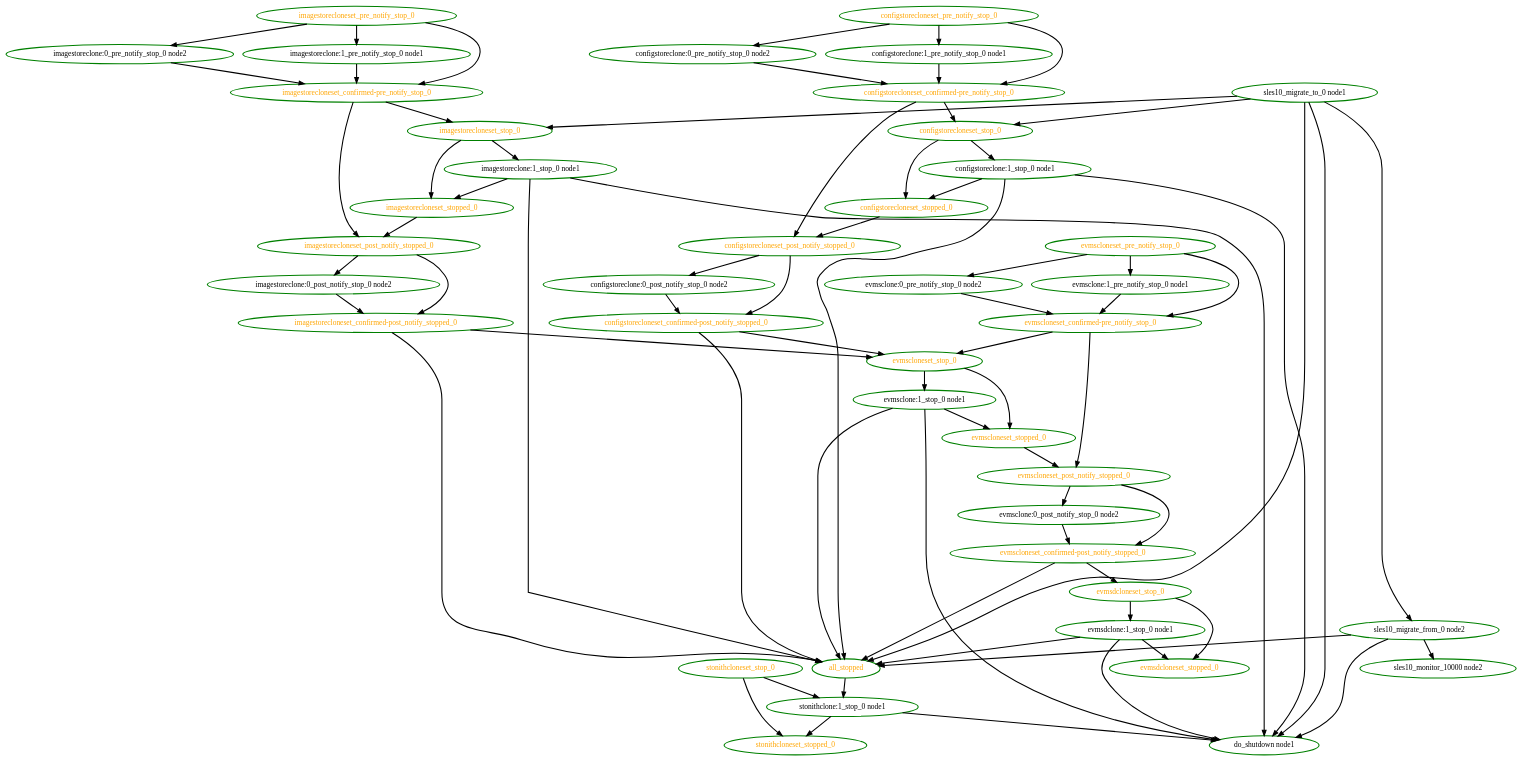
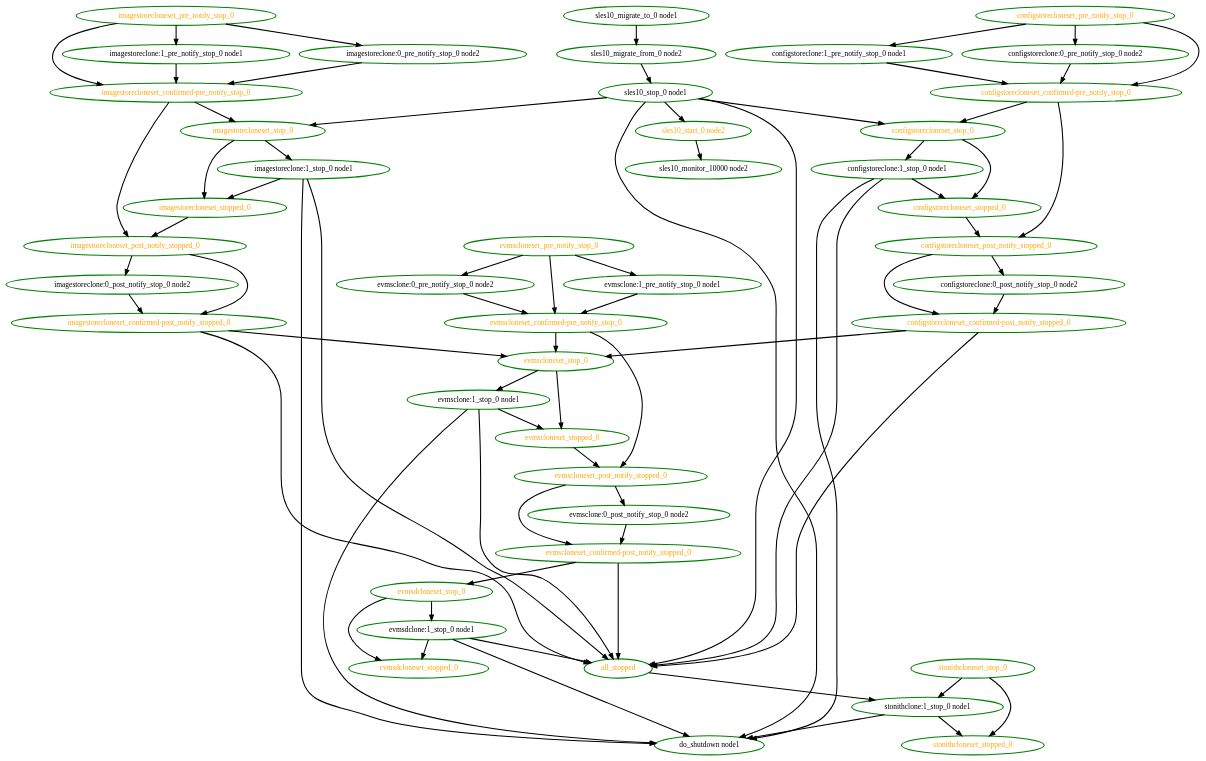
The diagram in pengine/test10/novell-252693.dot (ClusterLabs/pacemaker), drawn with Graphviz before and after one commit. The commit also changed 353 other files, not shown here.

```diff
--- a/pengine/test10/novell-252693.dot
+++ b/pengine/test10/novell-252693.dot
@@ -1,115 +1,117 @@
  digraph "g" {
 "all_stopped" -> "stonithclone:1_stop_0 node1" [ style = bold]
 "all_stopped" [ style=bold color="green" fontcolor="orange"  ]
 "configstoreclone:0_post_notify_stop_0 node2" -> "configstorecloneset_confirmed-post_notify_stopped_0" [ style = bold]
 "configstoreclone:0_post_notify_stop_0 node2" [ style=bold color="green" fontcolor="black"  ]
 "configstoreclone:0_pre_notify_stop_0 node2" -> "configstorecloneset_confirmed-pre_notify_stop_0" [ style = bold]
 "configstoreclone:0_pre_notify_stop_0 node2" [ style=bold color="green" fontcolor="black"  ]
 "configstoreclone:1_pre_notify_stop_0 node1" -> "configstorecloneset_confirmed-pre_notify_stop_0" [ style = bold]
 "configstoreclone:1_pre_notify_stop_0 node1" [ style=bold color="green" fontcolor="black"  ]
 "configstoreclone:1_stop_0 node1" -> "all_stopped" [ style = bold]
 "configstoreclone:1_stop_0 node1" -> "configstorecloneset_stopped_0" [ style = bold]
 "configstoreclone:1_stop_0 node1" -> "do_shutdown node1" [ style = bold]
 "configstoreclone:1_stop_0 node1" [ style=bold color="green" fontcolor="black"  ]
 "configstorecloneset_confirmed-post_notify_stopped_0" -> "all_stopped" [ style = bold]
 "configstorecloneset_confirmed-post_notify_stopped_0" -> "evmscloneset_stop_0" [ style = bold]
 "configstorecloneset_confirmed-post_notify_stopped_0" [ style=bold color="green" fontcolor="orange"  ]
 "configstorecloneset_confirmed-pre_notify_stop_0" -> "configstorecloneset_post_notify_stopped_0" [ style = bold]
 "configstorecloneset_confirmed-pre_notify_stop_0" -> "configstorecloneset_stop_0" [ style = bold]
 "configstorecloneset_confirmed-pre_notify_stop_0" [ style=bold color="green" fontcolor="orange"  ]
 "configstorecloneset_post_notify_stopped_0" -> "configstoreclone:0_post_notify_stop_0 node2" [ style = bold]
 "configstorecloneset_post_notify_stopped_0" -> "configstorecloneset_confirmed-post_notify_stopped_0" [ style = bold]
 "configstorecloneset_post_notify_stopped_0" [ style=bold color="green" fontcolor="orange"  ]
 "configstorecloneset_pre_notify_stop_0" -> "configstoreclone:0_pre_notify_stop_0 node2" [ style = bold]
 "configstorecloneset_pre_notify_stop_0" -> "configstoreclone:1_pre_notify_stop_0 node1" [ style = bold]
 "configstorecloneset_pre_notify_stop_0" -> "configstorecloneset_confirmed-pre_notify_stop_0" [ style = bold]
 "configstorecloneset_pre_notify_stop_0" [ style=bold color="green" fontcolor="orange"  ]
 "configstorecloneset_stop_0" -> "configstoreclone:1_stop_0 node1" [ style = bold]
 "configstorecloneset_stop_0" -> "configstorecloneset_stopped_0" [ style = bold]
 "configstorecloneset_stop_0" [ style=bold color="green" fontcolor="orange"  ]
 "configstorecloneset_stopped_0" -> "configstorecloneset_post_notify_stopped_0" [ style = bold]
 "configstorecloneset_stopped_0" [ style=bold color="green" fontcolor="orange"  ]
 "do_shutdown node1" [ style=bold color="green" fontcolor="black"  ]
 "evmsclone:0_post_notify_stop_0 node2" -> "evmscloneset_confirmed-post_notify_stopped_0" [ style = bold]
 "evmsclone:0_post_notify_stop_0 node2" [ style=bold color="green" fontcolor="black"  ]
 "evmsclone:0_pre_notify_stop_0 node2" -> "evmscloneset_confirmed-pre_notify_stop_0" [ style = bold]
 "evmsclone:0_pre_notify_stop_0 node2" [ style=bold color="green" fontcolor="black"  ]
 "evmsclone:1_pre_notify_stop_0 node1" -> "evmscloneset_confirmed-pre_notify_stop_0" [ style = bold]
 "evmsclone:1_pre_notify_stop_0 node1" [ style=bold color="green" fontcolor="black"  ]
 "evmsclone:1_stop_0 node1" -> "all_stopped" [ style = bold]
 "evmsclone:1_stop_0 node1" -> "do_shutdown node1" [ style = bold]
 "evmsclone:1_stop_0 node1" -> "evmscloneset_stopped_0" [ style = bold]
 "evmsclone:1_stop_0 node1" [ style=bold color="green" fontcolor="black"  ]
 "evmscloneset_confirmed-post_notify_stopped_0" -> "all_stopped" [ style = bold]
 "evmscloneset_confirmed-post_notify_stopped_0" -> "evmsdcloneset_stop_0" [ style = bold]
 "evmscloneset_confirmed-post_notify_stopped_0" [ style=bold color="green" fontcolor="orange"  ]
 "evmscloneset_confirmed-pre_notify_stop_0" -> "evmscloneset_post_notify_stopped_0" [ style = bold]
 "evmscloneset_confirmed-pre_notify_stop_0" -> "evmscloneset_stop_0" [ style = bold]
 "evmscloneset_confirmed-pre_notify_stop_0" [ style=bold color="green" fontcolor="orange"  ]
 "evmscloneset_post_notify_stopped_0" -> "evmsclone:0_post_notify_stop_0 node2" [ style = bold]
 "evmscloneset_post_notify_stopped_0" -> "evmscloneset_confirmed-post_notify_stopped_0" [ style = bold]
 "evmscloneset_post_notify_stopped_0" [ style=bold color="green" fontcolor="orange"  ]
 "evmscloneset_pre_notify_stop_0" -> "evmsclone:0_pre_notify_stop_0 node2" [ style = bold]
 "evmscloneset_pre_notify_stop_0" -> "evmsclone:1_pre_notify_stop_0 node1" [ style = bold]
 "evmscloneset_pre_notify_stop_0" -> "evmscloneset_confirmed-pre_notify_stop_0" [ style = bold]
 "evmscloneset_pre_notify_stop_0" [ style=bold color="green" fontcolor="orange"  ]
 "evmscloneset_stop_0" -> "evmsclone:1_stop_0 node1" [ style = bold]
 "evmscloneset_stop_0" -> "evmscloneset_stopped_0" [ style = bold]
 "evmscloneset_stop_0" [ style=bold color="green" fontcolor="orange"  ]
 "evmscloneset_stopped_0" -> "evmscloneset_post_notify_stopped_0" [ style = bold]
 "evmscloneset_stopped_0" [ style=bold color="green" fontcolor="orange"  ]
 "evmsdclone:1_stop_0 node1" -> "all_stopped" [ style = bold]
 "evmsdclone:1_stop_0 node1" -> "do_shutdown node1" [ style = bold]
 "evmsdclone:1_stop_0 node1" -> "evmsdcloneset_stopped_0" [ style = bold]
 "evmsdclone:1_stop_0 node1" [ style=bold color="green" fontcolor="black"  ]
 "evmsdcloneset_stop_0" -> "evmsdclone:1_stop_0 node1" [ style = bold]
 "evmsdcloneset_stop_0" -> "evmsdcloneset_stopped_0" [ style = bold]
 "evmsdcloneset_stop_0" [ style=bold color="green" fontcolor="orange"  ]
 "evmsdcloneset_stopped_0" [ style=bold color="green" fontcolor="orange"  ]
 "imagestoreclone:0_post_notify_stop_0 node2" -> "imagestorecloneset_confirmed-post_notify_stopped_0" [ style = bold]
 "imagestoreclone:0_post_notify_stop_0 node2" [ style=bold color="green" fontcolor="black"  ]
 "imagestoreclone:0_pre_notify_stop_0 node2" -> "imagestorecloneset_confirmed-pre_notify_stop_0" [ style = bold]
 "imagestoreclone:0_pre_notify_stop_0 node2" [ style=bold color="green" fontcolor="black"  ]
 "imagestoreclone:1_pre_notify_stop_0 node1" -> "imagestorecloneset_confirmed-pre_notify_stop_0" [ style = bold]
 "imagestoreclone:1_pre_notify_stop_0 node1" [ style=bold color="green" fontcolor="black"  ]
 "imagestoreclone:1_stop_0 node1" -> "all_stopped" [ style = bold]
 "imagestoreclone:1_stop_0 node1" -> "do_shutdown node1" [ style = bold]
 "imagestoreclone:1_stop_0 node1" -> "imagestorecloneset_stopped_0" [ style = bold]
 "imagestoreclone:1_stop_0 node1" [ style=bold color="green" fontcolor="black"  ]
 "imagestorecloneset_confirmed-post_notify_stopped_0" -> "all_stopped" [ style = bold]
 "imagestorecloneset_confirmed-post_notify_stopped_0" -> "evmscloneset_stop_0" [ style = bold]
 "imagestorecloneset_confirmed-post_notify_stopped_0" [ style=bold color="green" fontcolor="orange"  ]
 "imagestorecloneset_confirmed-pre_notify_stop_0" -> "imagestorecloneset_post_notify_stopped_0" [ style = bold]
 "imagestorecloneset_confirmed-pre_notify_stop_0" -> "imagestorecloneset_stop_0" [ style = bold]
 "imagestorecloneset_confirmed-pre_notify_stop_0" [ style=bold color="green" fontcolor="orange"  ]
 "imagestorecloneset_post_notify_stopped_0" -> "imagestoreclone:0_post_notify_stop_0 node2" [ style = bold]
 "imagestorecloneset_post_notify_stopped_0" -> "imagestorecloneset_confirmed-post_notify_stopped_0" [ style = bold]
 "imagestorecloneset_post_notify_stopped_0" [ style=bold color="green" fontcolor="orange"  ]
 "imagestorecloneset_pre_notify_stop_0" -> "imagestoreclone:0_pre_notify_stop_0 node2" [ style = bold]
 "imagestorecloneset_pre_notify_stop_0" -> "imagestoreclone:1_pre_notify_stop_0 node1" [ style = bold]
 "imagestorecloneset_pre_notify_stop_0" -> "imagestorecloneset_confirmed-pre_notify_stop_0" [ style = bold]
 "imagestorecloneset_pre_notify_stop_0" [ style=bold color="green" fontcolor="orange"  ]
 "imagestorecloneset_stop_0" -> "imagestoreclone:1_stop_0 node1" [ style = bold]
 "imagestorecloneset_stop_0" -> "imagestorecloneset_stopped_0" [ style = bold]
 "imagestorecloneset_stop_0" [ style=bold color="green" fontcolor="orange"  ]
 "imagestorecloneset_stopped_0" -> "imagestorecloneset_post_notify_stopped_0" [ style = bold]
 "imagestorecloneset_stopped_0" [ style=bold color="green" fontcolor="orange"  ]
-"sles10_migrate_from_0 node2" -> "all_stopped" [ style = bold]
-"sles10_migrate_from_0 node2" -> "do_shutdown node1" [ style = bold]
-"sles10_migrate_from_0 node2" -> "sles10_monitor_10000 node2" [ style = bold]
+"sles10_migrate_from_0 node2" -> "sles10_stop_0 node1" [ style = bold]
 "sles10_migrate_from_0 node2" [ style=bold color="green" fontcolor="black"  ]
-"sles10_migrate_to_0 node1" -> "all_stopped" [ style = bold]
-"sles10_migrate_to_0 node1" -> "configstorecloneset_stop_0" [ style = bold]
-"sles10_migrate_to_0 node1" -> "do_shutdown node1" [ style = bold]
-"sles10_migrate_to_0 node1" -> "imagestorecloneset_stop_0" [ style = bold]
 "sles10_migrate_to_0 node1" -> "sles10_migrate_from_0 node2" [ style = bold]
 "sles10_migrate_to_0 node1" [ style=bold color="green" fontcolor="black"  ]
 "sles10_monitor_10000 node2" [ style=bold color="green" fontcolor="black"  ]
+"sles10_start_0 node2" -> "sles10_monitor_10000 node2" [ style = bold]
+"sles10_start_0 node2" [ style=bold color="green" fontcolor="orange"  ]
+"sles10_stop_0 node1" -> "all_stopped" [ style = bold]
+"sles10_stop_0 node1" -> "configstorecloneset_stop_0" [ style = bold]
+"sles10_stop_0 node1" -> "do_shutdown node1" [ style = bold]
+"sles10_stop_0 node1" -> "imagestorecloneset_stop_0" [ style = bold]
+"sles10_stop_0 node1" -> "sles10_start_0 node2" [ style = bold]
+"sles10_stop_0 node1" [ style=bold color="green" fontcolor="black"  ]
 "stonithclone:1_stop_0 node1" -> "do_shutdown node1" [ style = bold]
 "stonithclone:1_stop_0 node1" -> "stonithcloneset_stopped_0" [ style = bold]
 "stonithclone:1_stop_0 node1" [ style=bold color="green" fontcolor="black"  ]
 "stonithcloneset_stop_0" -> "stonithclone:1_stop_0 node1" [ style = bold]
 "stonithcloneset_stop_0" -> "stonithcloneset_stopped_0" [ style = bold]
 "stonithcloneset_stop_0" [ style=bold color="green" fontcolor="orange"  ]
 "stonithcloneset_stopped_0" [ style=bold color="green" fontcolor="orange"  ]
 }
```
